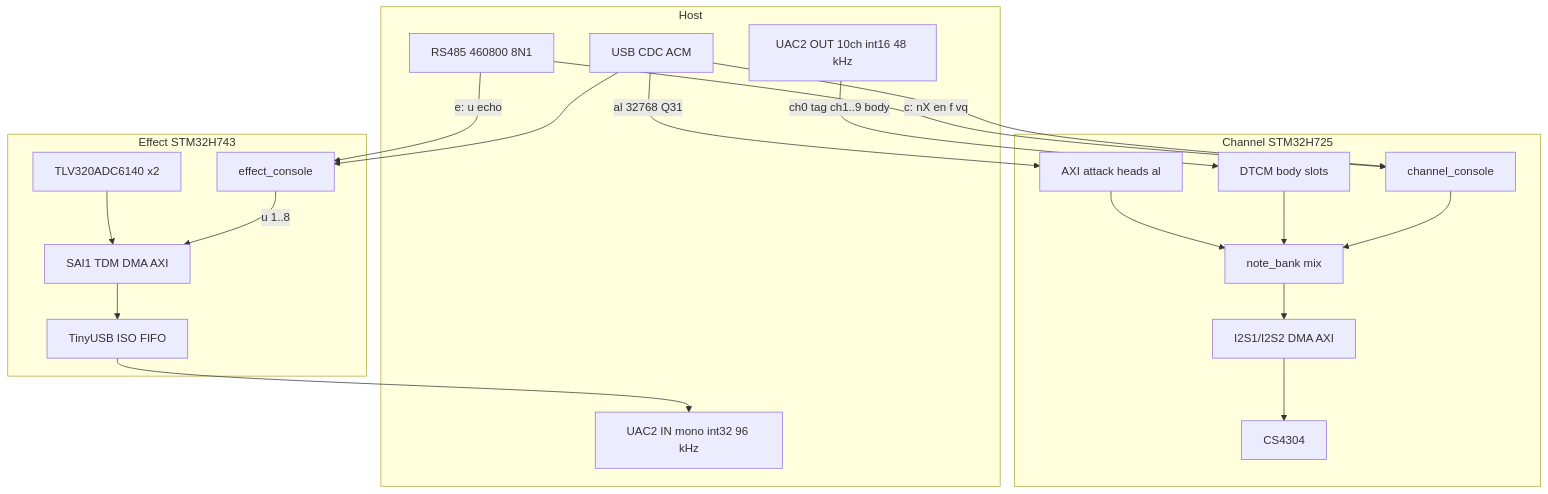
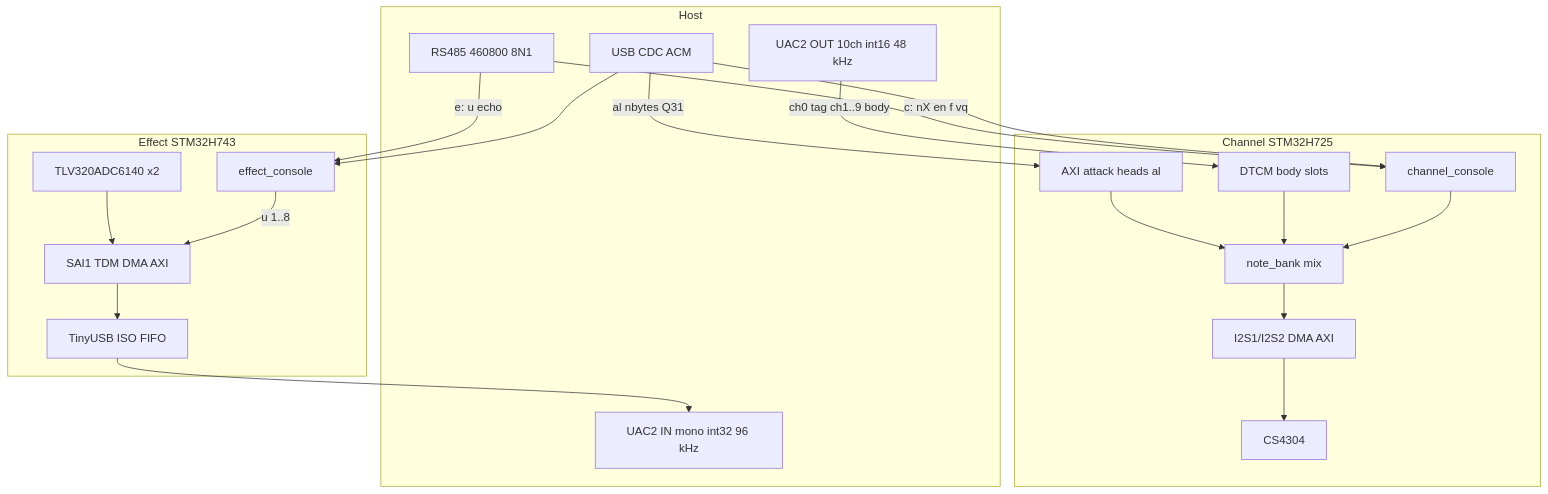
Before and after one commit to narendrabhatt-freshwater/firmware: the first of 5 diagrams in channel_card/docs/diagrams/card_data_flow.md, drawn with Mermaid. The commit also changed other lines of this file and 20 other files, not shown here.

````diff
--- a/channel_card/docs/diagrams/card_data_flow.md
+++ b/channel_card/docs/diagrams/card_data_flow.md
@@ -17,38 +17,38 @@
 ```mermaid
 flowchart TB
   subgraph host [Host]
     RS485[RS485 460800 8N1]
     CDC[USB CDC ACM]
     UacOut[UAC2 OUT 10ch int16 48 kHz]
     UacIn[UAC2 IN mono int32 96 kHz]
   end
 
   subgraph ch [Channel STM32H725]
     ChCon[channel_console]
     ChAtk[AXI attack heads al]
     ChRing[DTCM body slots]
     ChMix[note_bank mix]
     ChI2S[I2S1/I2S2 DMA AXI]
     ChDac[CS4304]
   end
 
   subgraph fx [Effect STM32H743]
     FxCon[effect_console]
     FxSai[SAI1 TDM DMA AXI]
     FxAdc[TLV320ADC6140 x2]
     FxFifo[TinyUSB ISO FIFO]
   end
 
   RS485 -->|"c: nX en f vq"| ChCon
   RS485 -->|"e: u echo"| FxCon
-  CDC -->|"al 32768 Q31"| ChAtk
+  CDC -->|"al nbytes Q31"| ChAtk
   CDC --> ChCon
   CDC --> FxCon
   UacOut -->|"ch0 tag ch1..9 body"| ChRing
   ChAtk --> ChMix
   ChRing --> ChMix
   ChCon --> ChMix
   ChMix --> ChI2S --> ChDac
   FxAdc --> FxSai --> FxFifo --> UacIn
   FxCon -->|"u 1..8"| FxSai
 ```
````
